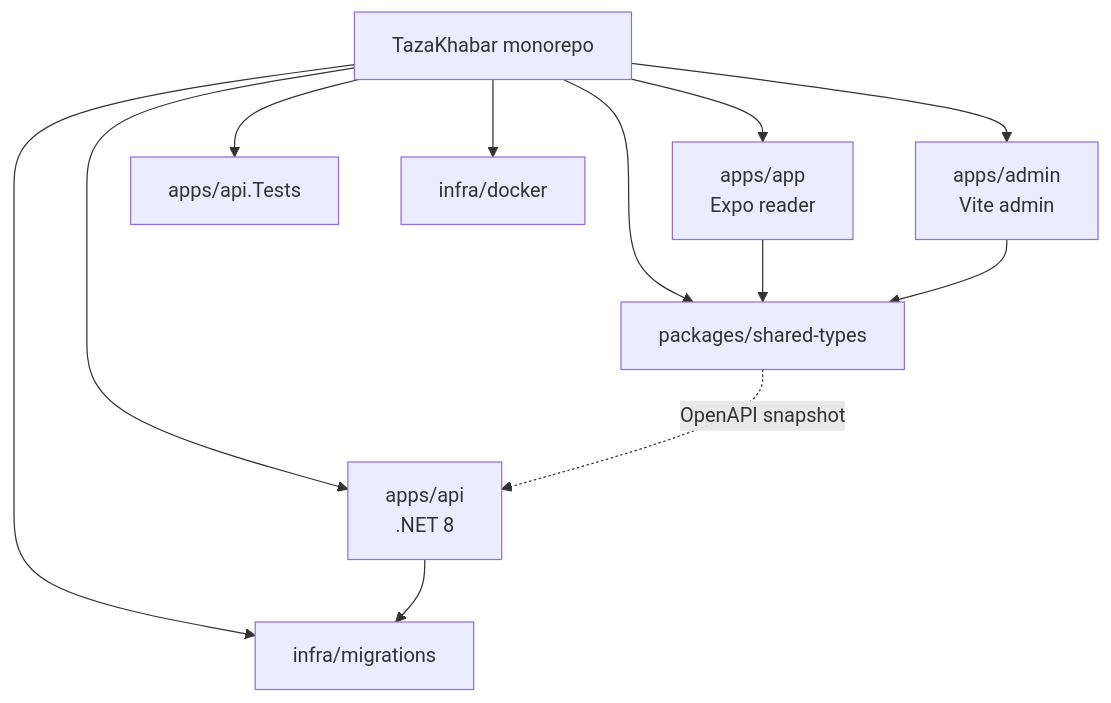
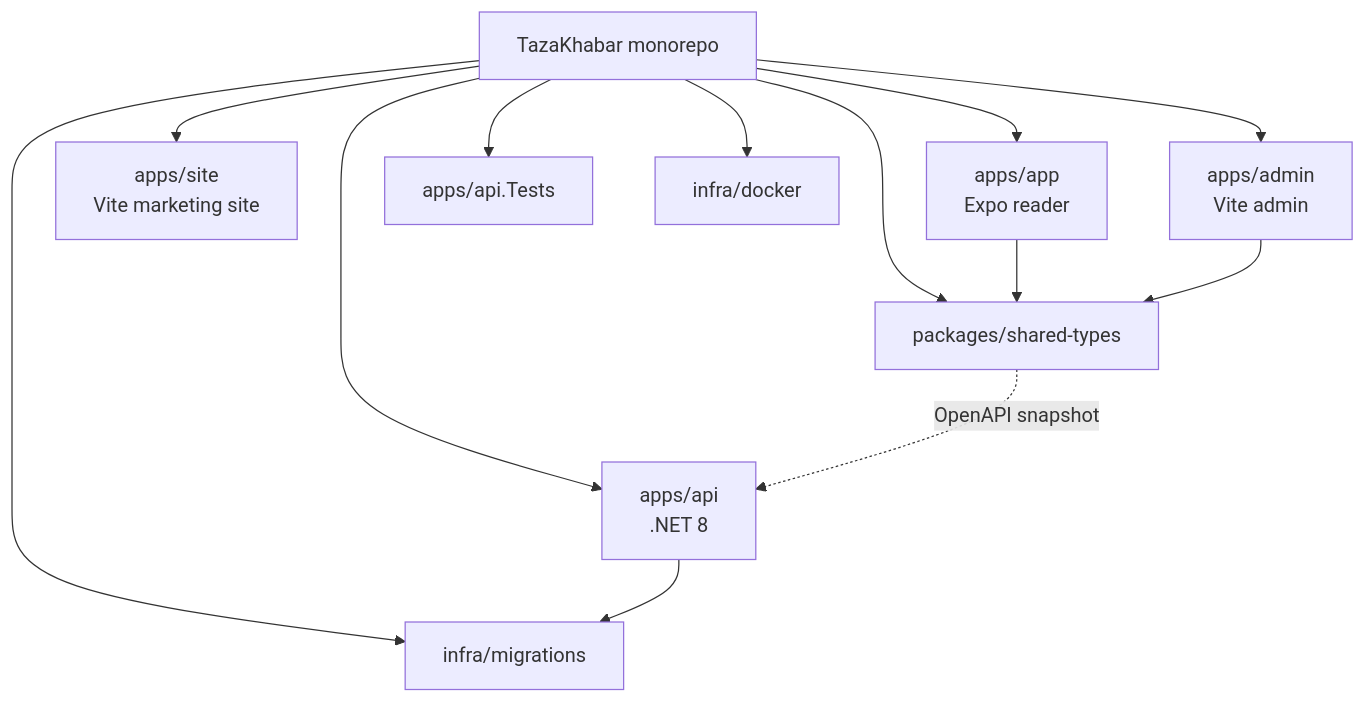
Before and after one commit to sshivanshg/TAZAkhabar: the diagram in docs/architecture/01-monorepo.md, drawn with Mermaid. The commit also changed other lines of this file and 41 other files, not shown here.

Commit message:
feat: launch standalone public marketing site

````diff
--- a/docs/architecture/01-monorepo.md
+++ b/docs/architecture/01-monorepo.md
@@ -17,15 +17,16 @@
 ```mermaid
 flowchart TB
   root[TazaKhabar monorepo]
   root --> app[apps/app<br/>Expo reader]
+  root --> site[apps/site<br/>Vite marketing site]
   root --> admin[apps/admin<br/>Vite admin]
   root --> api[apps/api<br/>.NET 8]
   root --> tests[apps/api.Tests]
   root --> shared[packages/shared-types]
   root --> docker[infra/docker]
   root --> mig[infra/migrations]
   api --> mig
   app --> shared
   admin --> shared
   shared -.->|OpenAPI snapshot| api
 ```
````
